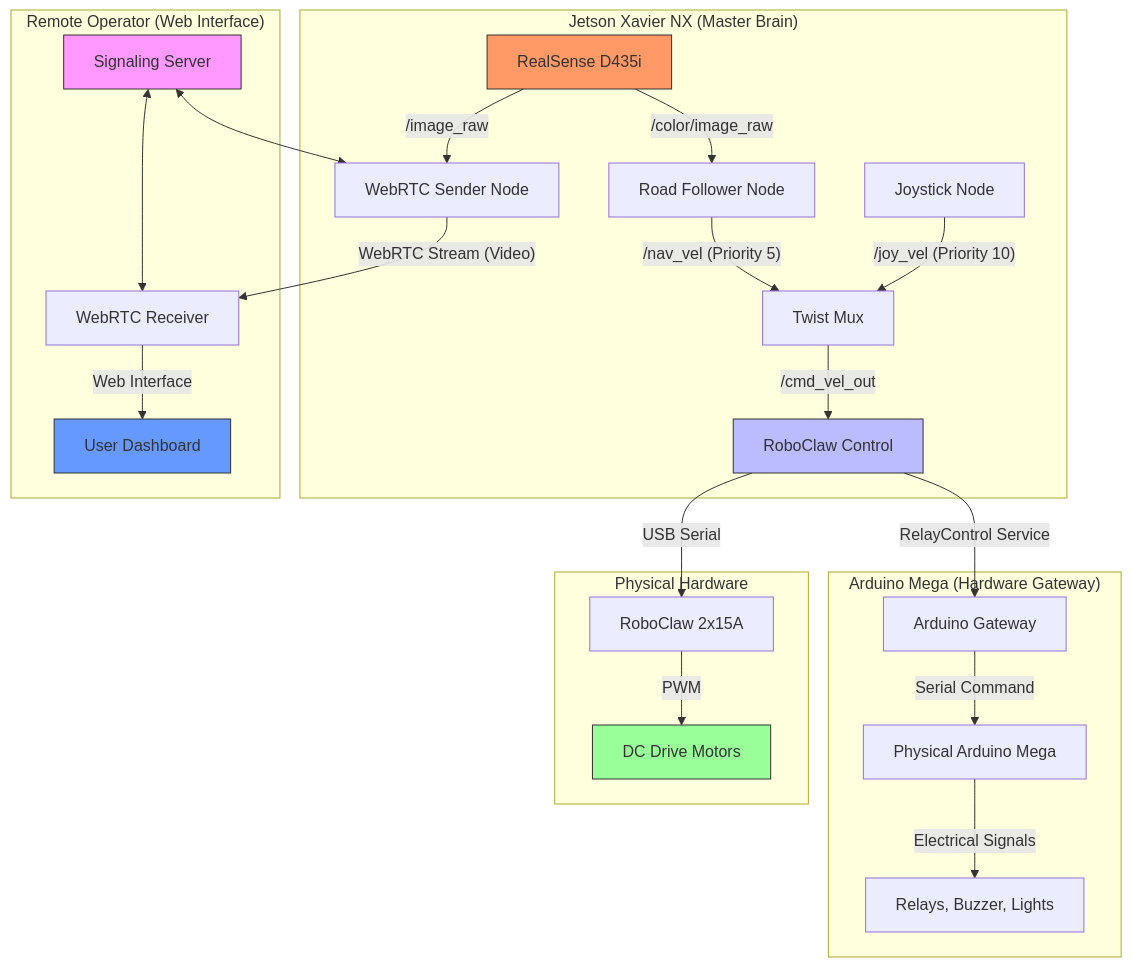
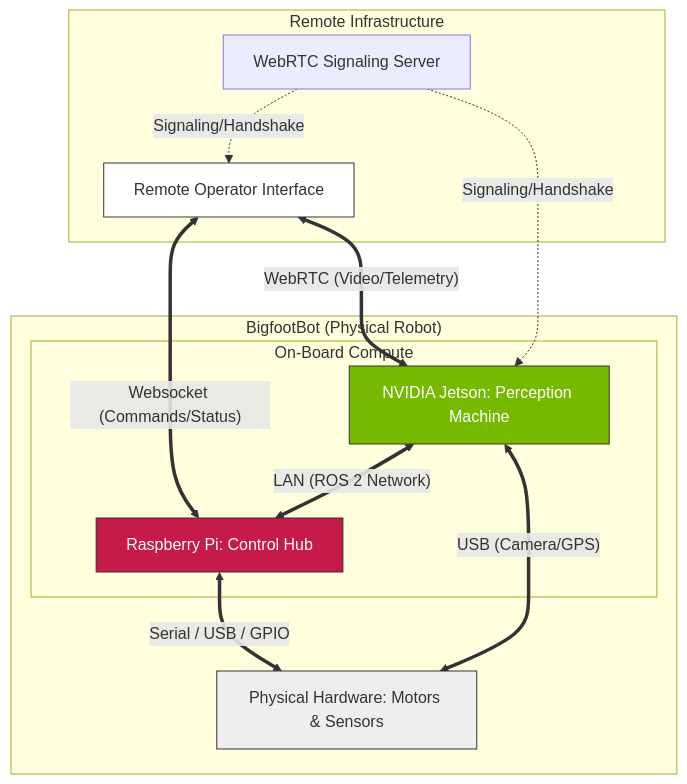
The diagram in docs/architecture/README.md (Arsen-Robotics/bigfootbot), drawn with Mermaid before and after one commit. The commit also changed other lines of this file and 1 other file, not shown here.

Commit message:
docs: implement tiered architecture documentation (Context, Logical, Physical, Subsystem)

````diff
--- a/docs/architecture/README.md
+++ b/docs/architecture/README.md
@@ -9,38 +11,33 @@
 ```mermaid
 graph TD
-    %% Define Nodes and Hardware Boundaries
-    subgraph "Jetson Xavier NX (Master Brain)"
-        RS[RealSense D435i] -- "/color/image_raw" --> RF[Road Follower Node]
-        RF -- "/nav_vel (Priority 5)" --> TM[Twist Mux]
-        JOY[Joystick Node] -- "/joy_vel (Priority 10)" --> TM
-        TM -- "/cmd_vel_out" --> RC[RoboClaw Control]
-        
-        %% Streaming Logic
-        RS -- "/image_raw" --> WRTCS[WebRTC Sender Node]
+    subgraph "Remote Infrastructure"
+        OP[Remote Operator Interface]
+        SIG[WebRTC Signaling Server]
     end
 
-    subgraph "Arduino Mega (Hardware Gateway)"
-        RC -- "RelayControl Service" --> AG[Arduino Gateway]
-        AG -- "Serial Command" --> ARDUINO[Physical Arduino Mega]
-        ARDUINO -- "Electrical Signals" --> HARDWARE[Relays, Buzzer, Lights]
+    subgraph "BigfootBot (Physical Robot)"
+        subgraph "On-Board Compute"
+            JET[NVIDIA Jetson: Perception Machine]
+            RPI[Raspberry Pi: Control Hub]
+        end
+        
+        HW[Physical Hardware: Motors & Sensors]
     end
 
-    subgraph "Remote Operator (Web Interface)"
-        WRTCS -- "WebRTC Stream (Video)" --> WRTCR[WebRTC Receiver]
-        SIG[Signaling Server] <--> WRTCS
-        SIG <--> WRTCR
-        WRTCR -- "Web Interface" --> UI[User Dashboard]
-    end
+    %% High-level Connections
+    OP <== "WebRTC (Video/Telemetry)" ==> JET
+    OP <== "Websocket (Commands/Status)" ==> RPI
+    SIG -. "Signaling/Handshake" .-> JET
+    SIG -. "Signaling/Handshake" .-> OP
+    
+    JET <== "LAN (ROS 2 Network)" ==> RPI
+    
+    RPI <== "Serial / USB / GPIO" ==> HW
+    JET <== "USB (Camera/GPS)" ==> HW
 
-    subgraph "Physical Hardware"
-        RC -- "USB Serial" --> MOTOR_DRIVER[RoboClaw 2x15A]
-        MOTOR_DRIVER -- "PWM" --> MOTORS[DC Drive Motors]
-    end
-
-    %% Styles for clarity
-    style RS fill:#f96,stroke:#333
-    style MOTORS fill:#9f9,stroke:#333
-    style UI fill:#69f,stroke:#333
-    style SIG fill:#f9f,stroke:#333
-    style RC fill:#bbf,stroke:#333
+    %% STYLING
+    style JET fill:#76b900,stroke:#333,color:#fff
+    style RPI fill:#c51a4a,stroke:#333,color:#fff
+    style OP fill:#fff,stroke:#333
+    style HW fill:#eee,stroke:#333
 ```
````
